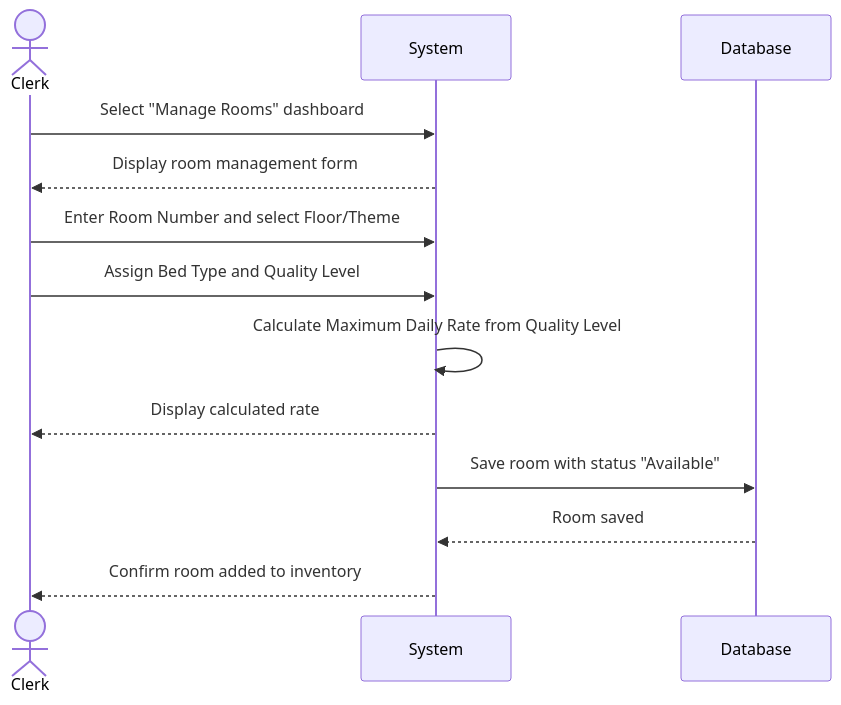
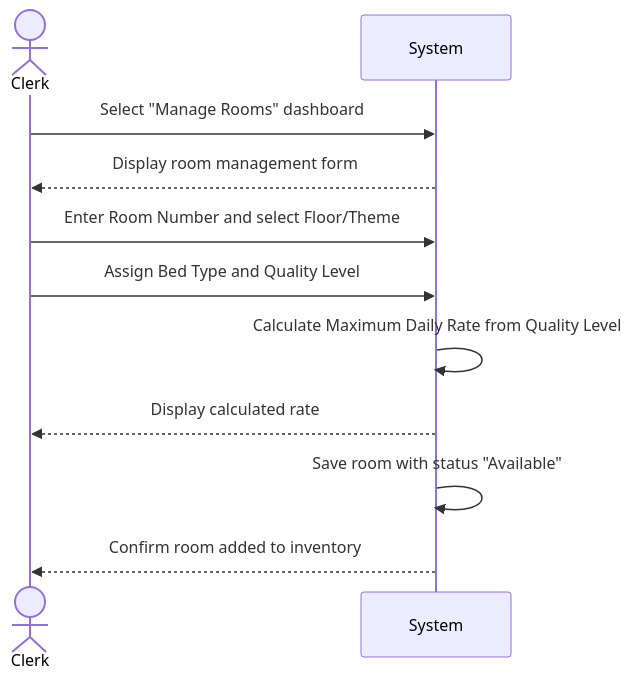
One commit to JaceYar/Software1-Proj changed the diagram in Documentation/User-Cases/RoomInventoryThemeManagement.md. Above: the diagram before and after it, drawn with Mermaid. The commit also changed 11 other files, not shown here.

Commit message:
fix the diagrams

````diff
--- a/Documentation/User-Cases/RoomInventoryThemeManagement.md
+++ b/Documentation/User-Cases/RoomInventoryThemeManagement.md
@@ -11,16 +11,14 @@
 ```mermaid
 sequenceDiagram
     actor Clerk
     participant System
-    participant Database
 
     Clerk->>System: Select "Manage Rooms" dashboard
     System-->>Clerk: Display room management form
     Clerk->>System: Enter Room Number and select Floor/Theme
     Clerk->>System: Assign Bed Type and Quality Level
     System->>System: Calculate Maximum Daily Rate from Quality Level
     System-->>Clerk: Display calculated rate
-    System->>Database: Save room with status "Available"
-    Database-->>System: Room saved
+    System->>System: Save room with status "Available"
     System-->>Clerk: Confirm room added to inventory
 ```
````
